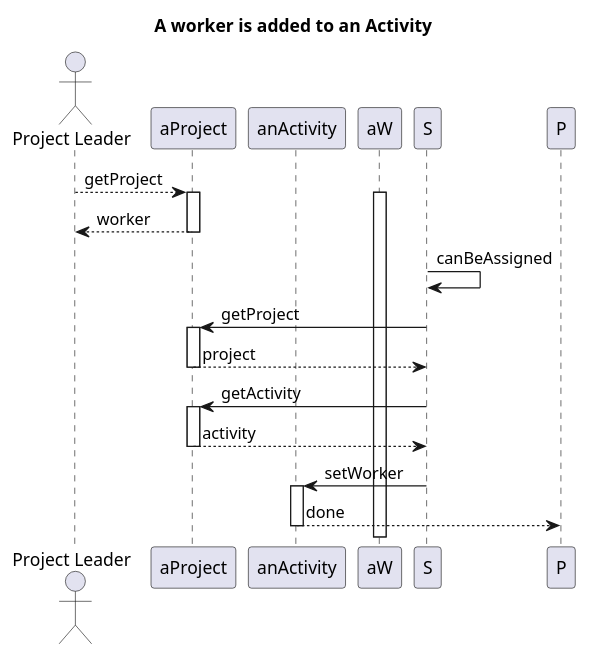
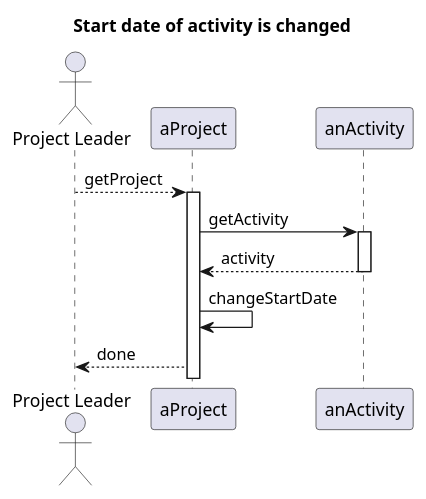
One commit to Shuhab-Siddigi/Software-Engineering changed the second of 2 diagrams in usecases/Activity/change_start_date.md. Above: the diagram before and after it, drawn with PlantUML. The commit also changed 4 other files, not shown here.

Commit message:
opdateret claasdiagram

````diff
--- a/usecases/Activity/change_start_date.md
+++ b/usecases/Activity/change_start_date.md
@@ -21,27 +21,18 @@
 ```plantuml
 @startuml
-title  A worker is added to an Activity 
+title  Start date of activity is changed
 
 actor "Project Leader" as pl
 participant "aProject" as aP
 participant "anActivity" as aA
 
 
 pl --> aP : getProject
 activate aP
-  activate aW
-  return  worker
-  S -> S : canBeAssigned 
-  S -> aP :getProject
-    activate aP
-    return project
-  S -> aP : getActivity
-  deactivate S
-  activate aP
+  aP -> aA : getActivity
+  activate aA
   return activity
-  S -> aA : setWorker
-  activate aA
-    aA --> P : done
-  deactivate aA
+  aP -> aP : changeStartDate
+aP --> pl : done
 @enduml
 ```
````
